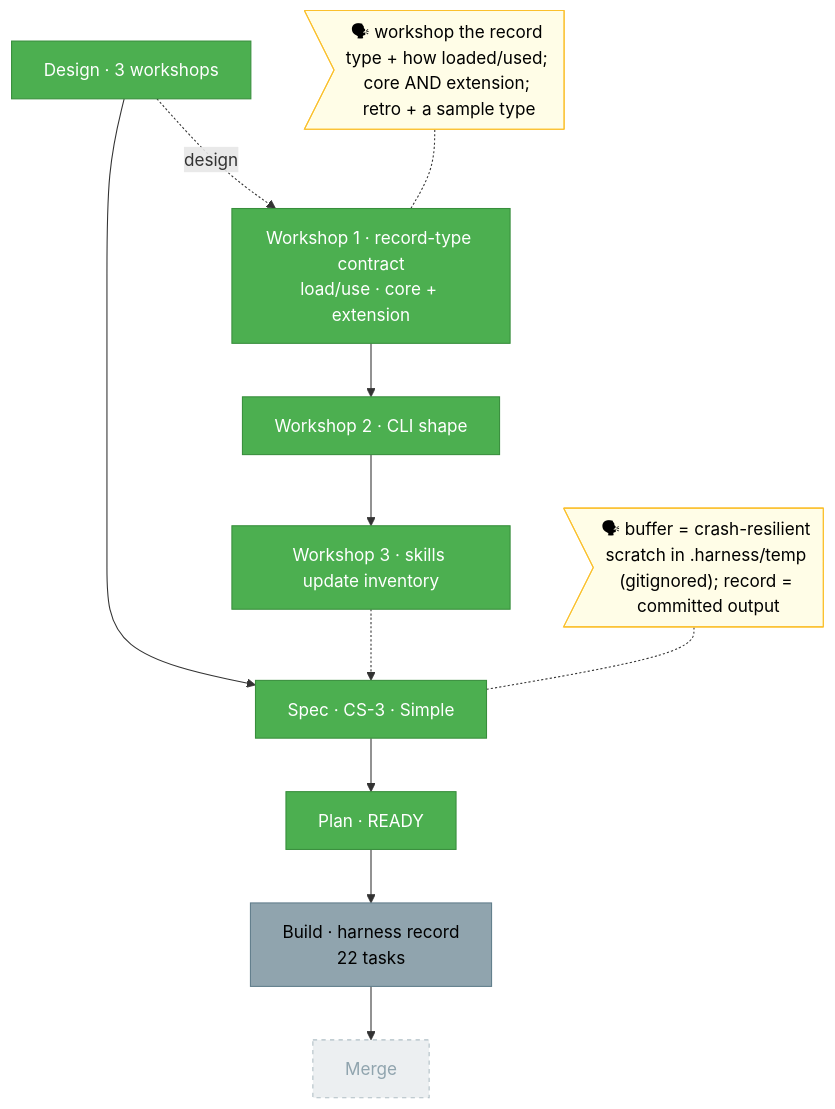
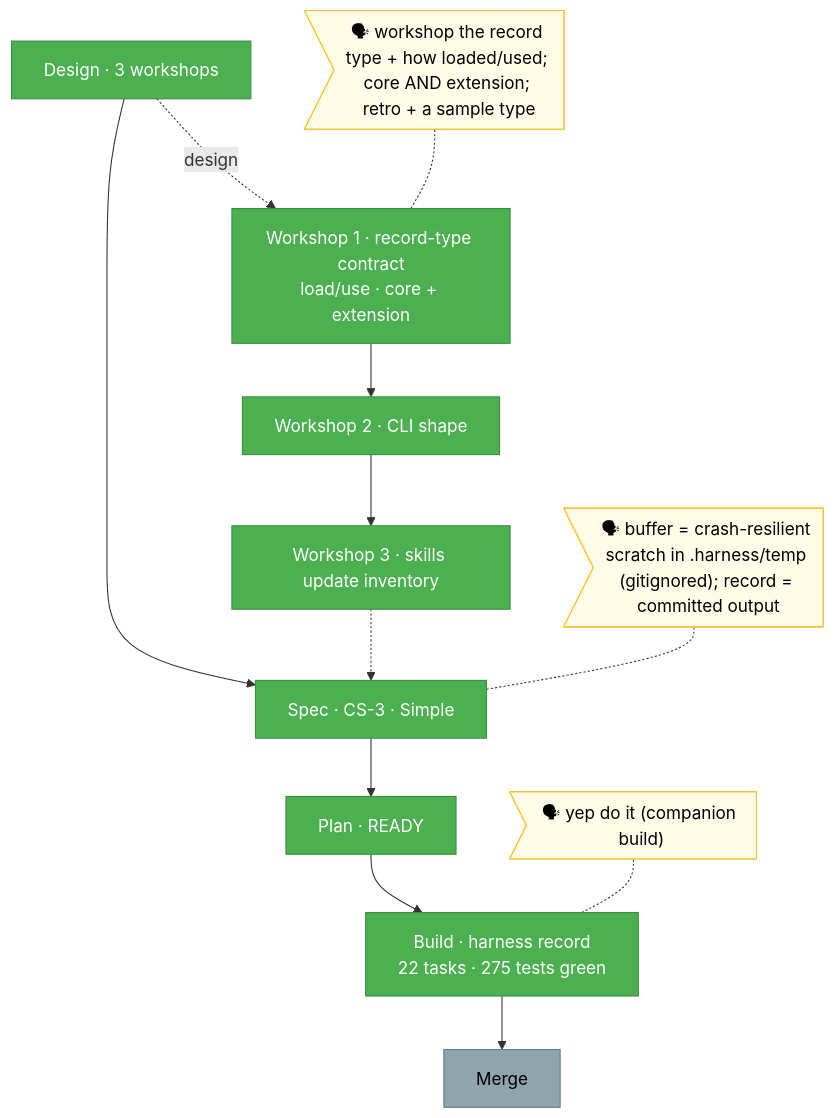
Before and after one commit to AI-Substrate/harness-engineering: the diagram in docs/plans/012-harness-record-command/the-flow.md, drawn with Mermaid. The commit also changed other lines of this file and 3 other files, not shown here.

First line of the commit message:
chore(plan-012): mark build complete — flight plan + task checkboxes done

````diff
--- a/docs/plans/012-harness-record-command/the-flow.md
+++ b/docs/plans/012-harness-record-command/the-flow.md
@@ -8,24 +8,26 @@
 ```mermaid
 flowchart TD
     classDef done    fill:#4CAF50,stroke:#388E3C,color:#fff
     classDef wip     fill:#FF9800,stroke:#F57C00,color:#000
     classDef blocked fill:#F44336,stroke:#D32F2F,color:#fff
     classDef known   fill:#90A4AE,stroke:#607D8B,color:#000
     classDef assumed fill:#ECEFF1,stroke:#B0BEC5,color:#90A4AE,stroke-dasharray:4 4
     classDef said    fill:#FFFDE7,stroke:#FBC02D,color:#000
 
     %% ── spine (no harness nodes: this repo has no engineering-harness governance doc) ──
-    D[Design · 3 workshops]:::done --> S[Spec · CS-3 · Simple]:::done --> PL[Plan · READY]:::done --> B[Build · harness record<br/>22 tasks]:::known --> M[Merge]:::assumed
+    D[Design · 3 workshops]:::done --> S[Spec · CS-3 · Simple]:::done --> PL[Plan · READY]:::done --> B[Build · harness record<br/>22 tasks · 275 tests green]:::done --> M[Merge]:::known
 
     %% ── design excursions: each workshop is its own node (all done) ──
     D -.->|design| W1[Workshop 1 · record-type contract<br/>load/use · core + extension]:::done
     W1 --> W2[Workshop 2 · CLI shape]:::done
     W2 --> W3[Workshop 3 · skills update inventory]:::done
     W3 -.-> S
 
     %% ── verbatim user-said bubbles ──
     U1>"🗣 workshop the record type + how loaded/used; core AND extension; retro + a sample type"]:::said
     U1 -.- W1
     US>"🗣 buffer = crash-resilient scratch in .harness/temp (gitignored); record = committed output"]:::said
     US -.- S
+    UB>"🗣 yep do it (companion build)"]:::said
+    UB -.- B
 ```
````
